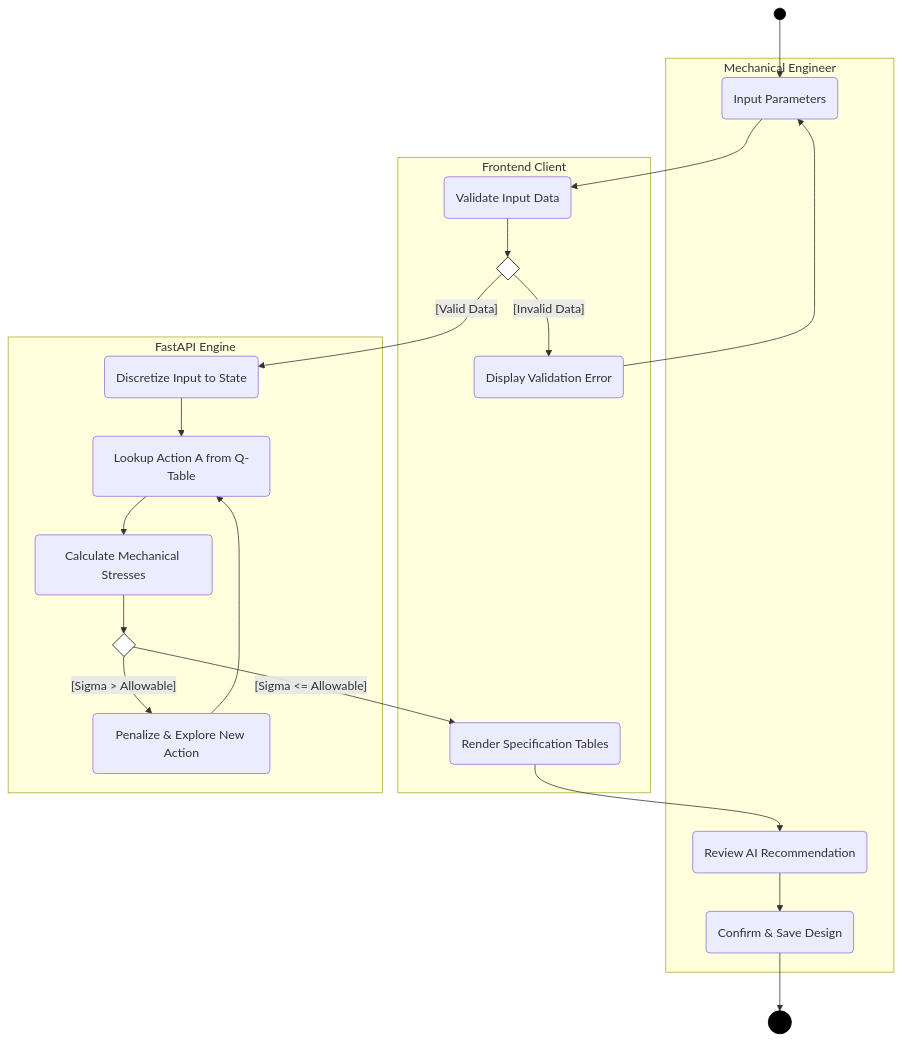
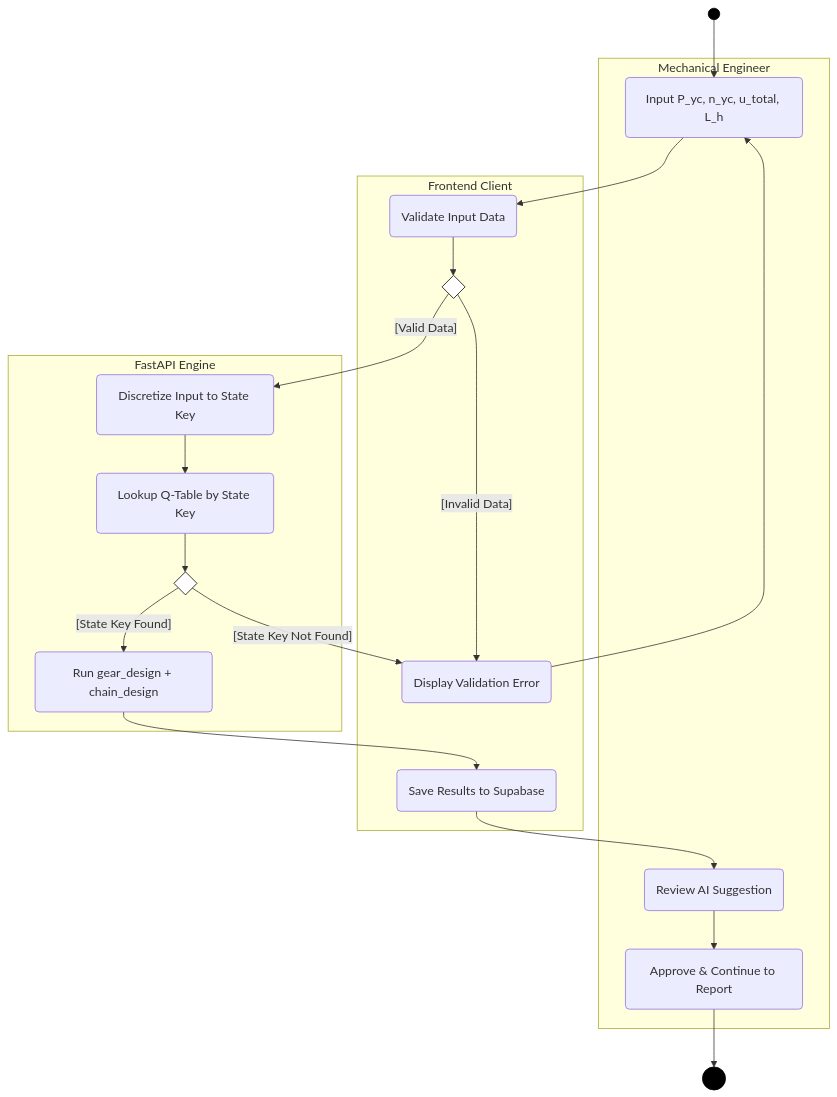
Before and after one commit to dvydinh/mechdrive: the diagram in docs/uml/2_Activity_Diagrams.md, drawn with Mermaid. The commit also changed other lines of this file and 14 other files, not shown here.

````diff
--- a/docs/uml/2_Activity_Diagrams.md
+++ b/docs/uml/2_Activity_Diagrams.md
@@ -11,49 +7,47 @@
 ```mermaid
 flowchart TD
     classDef startEnd fill:#000,stroke:#000,color:#fff;
     classDef decision fill:#fff,stroke:#000,shape:diamond;
 
     Start(( )):::startEnd
     End((( ))):::startEnd
     
     subgraph User_Lane [Mechanical Engineer]
-        A1(Input Parameters)
-        A8(Review AI Recommendation)
-        A9(Confirm & Save Design)
+        A1(Input P_yc, n_yc, u_total, L_h)
+        A8(Review AI Suggestion)
+        A9(Approve & Continue to Report)
     end
     
     subgraph UI_Lane [Frontend Client]
         A2(Validate Input Data)
         D1{" "}:::decision
         A3(Display Validation Error)
-        A7(Render Specification Tables)
+        A7(Save Results to Supabase)
     end
     
     subgraph AI_Lane [FastAPI Engine]
-        A4(Discretize Input to State)
-        A5(Lookup Action A from Q-Table)
-        A6(Calculate Mechanical Stresses)
+        A4(Discretize Input to State Key)
+        A5(Lookup Q-Table by State Key)
         D2{" "}:::decision
-        A10(Penalize & Explore New Action)
+        A6(Run gear_design + chain_design)
     end
     
     Start --> A1
     A1 --> A2
     A2 --> D1
     
     D1 -->|"[Invalid Data]"| A3
     A3 --> A1
     
     D1 -->|"[Valid Data]"| A4
     A4 --> A5
-    A5 --> A6
-    A6 --> D2
+    A5 --> D2
     
-    D2 -->|"[Sigma > Allowable]"| A10
-    A10 --> A5
+    D2 -->|"[State Key Not Found]"| A3
     
-    D2 -->|"[Sigma <= Allowable]"| A7
+    D2 -->|"[State Key Found]"| A6
+    A6 --> A7
     A7 --> A8
     A8 --> A9
     A9 --> End
 ```
````
